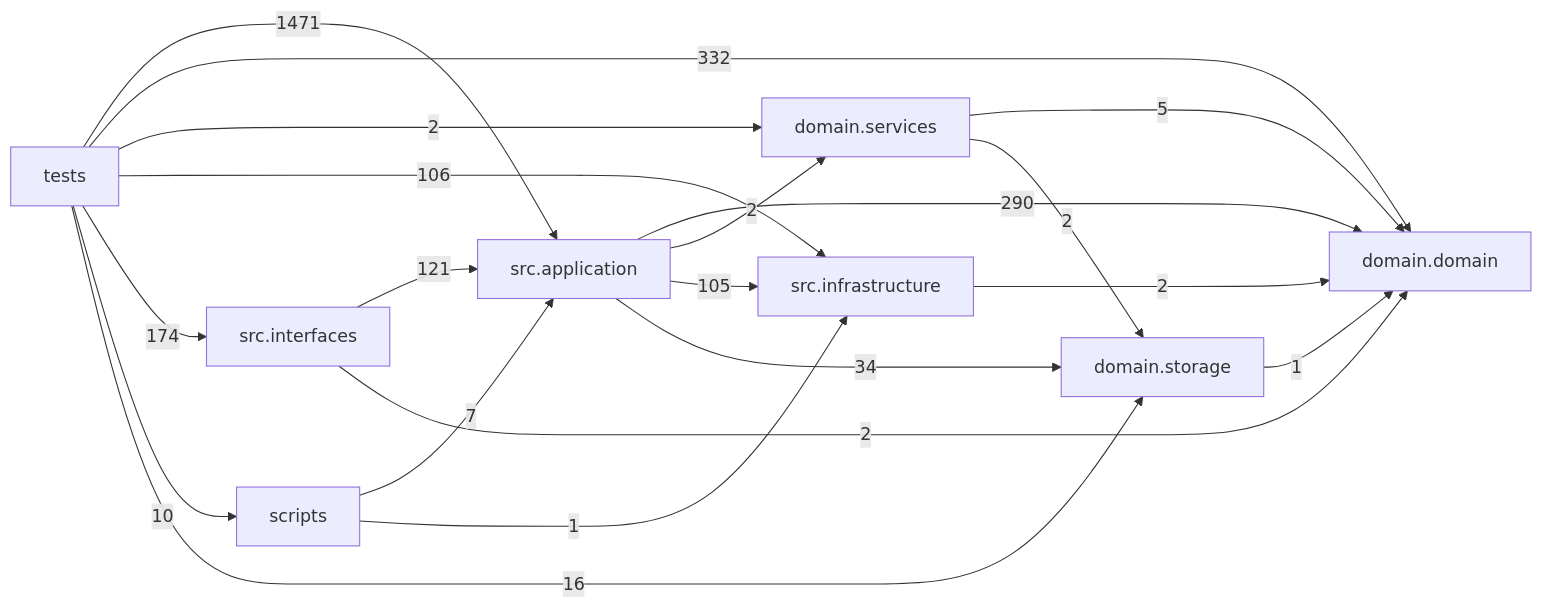
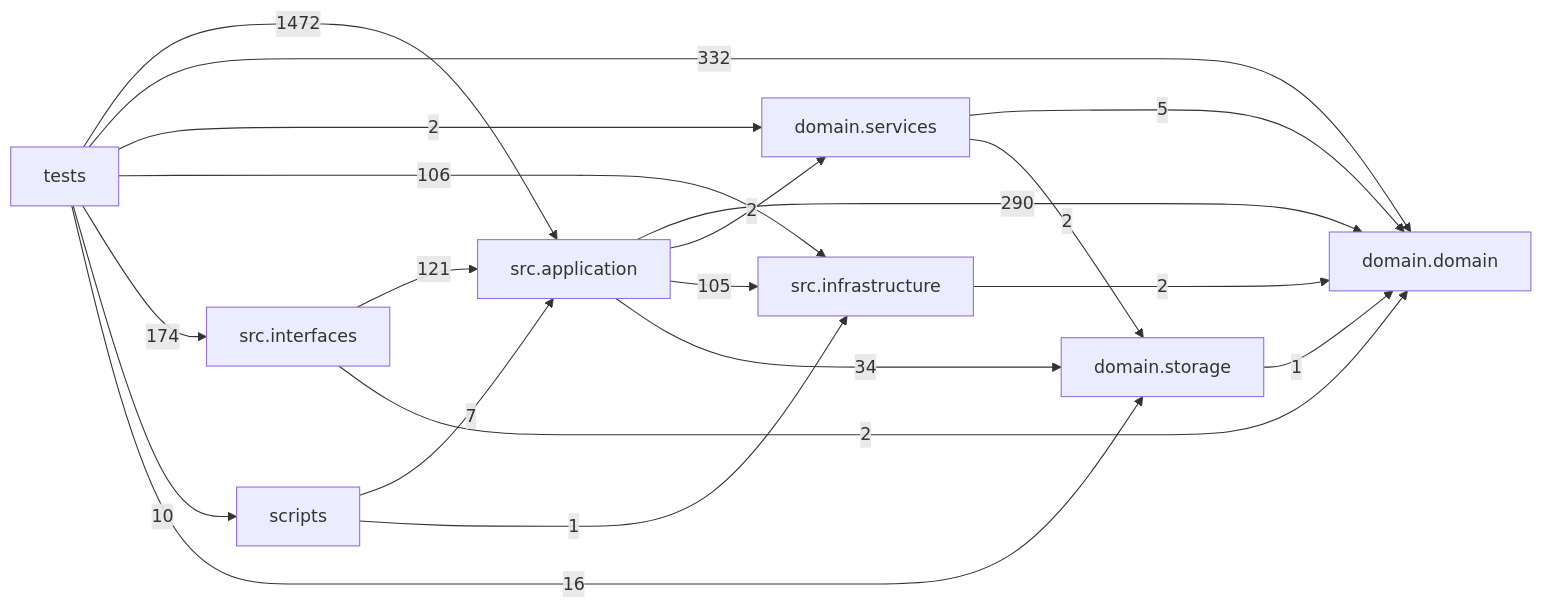
One commit to liuxie066/options-monitor changed the diagram in docs/DEPENDENCY_GRAPH.md. Above: the diagram before and after it, drawn with Mermaid. The commit also changed other lines of this file and 5 other files, not shown here.

````diff
--- a/docs/DEPENDENCY_GRAPH.md
+++ b/docs/DEPENDENCY_GRAPH.md
@@ -24,30 +24,30 @@
 ```mermaid
 flowchart LR
   tests["tests"]
   scripts["scripts"]
   interfaces["src.interfaces"]
   application["src.application"]
   infrastructure["src.infrastructure"]
   domain_services["domain.services"]
   domain["domain.domain"]
   storage["domain.storage"]
   application -->|290| domain
   application -->|2| domain_services
   application -->|105| infrastructure
   application -->|34| storage
   domain_services -->|5| domain
   domain_services -->|2| storage
   infrastructure -->|2| domain
   interfaces -->|121| application
   interfaces -->|2| domain
   scripts -->|7| application
   scripts -->|1| infrastructure
   storage -->|1| domain
-  tests -->|1471| application
+  tests -->|1472| application
   tests -->|332| domain
   tests -->|2| domain_services
   tests -->|106| infrastructure
   tests -->|174| interfaces
   tests -->|10| scripts
   tests -->|16| storage
 ```
````
